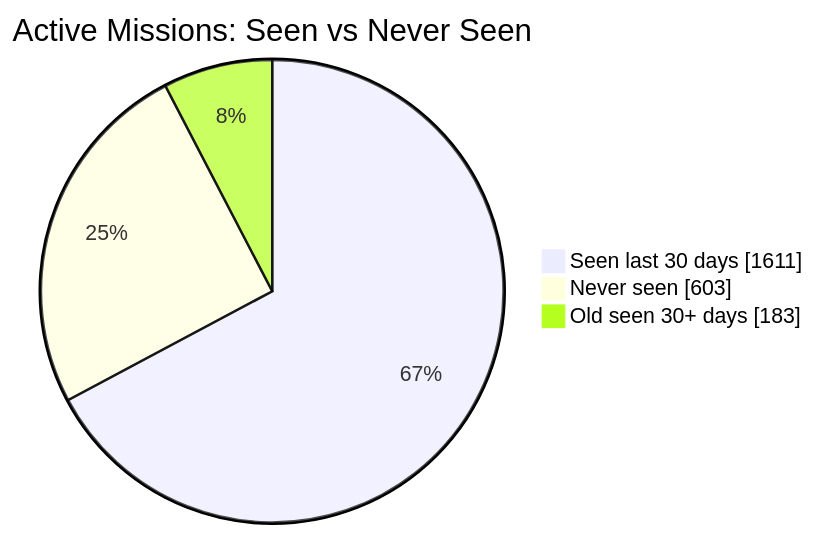
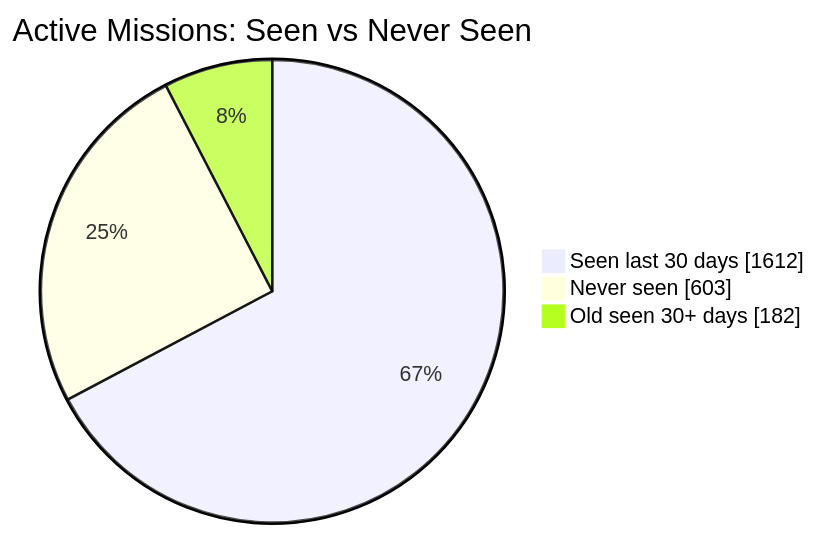
The first of 2 diagrams in README.md (MeldkamerspelGameTeam/active-missions), drawn with Mermaid before and after one commit. The commit also changed other lines of this file and 3 other files, not shown here.

````diff
--- a/README.md
+++ b/README.md
@@ -34,7 +34,7 @@
 ```mermaid
 pie showData
     title Active Missions: Seen vs Never Seen
-    "Seen last 30 days" : 1611
+    "Seen last 30 days" : 1612
     "Never seen" : 603
-    "Old seen 30+ days" : 183
+    "Old seen 30+ days" : 182
 ```
````
